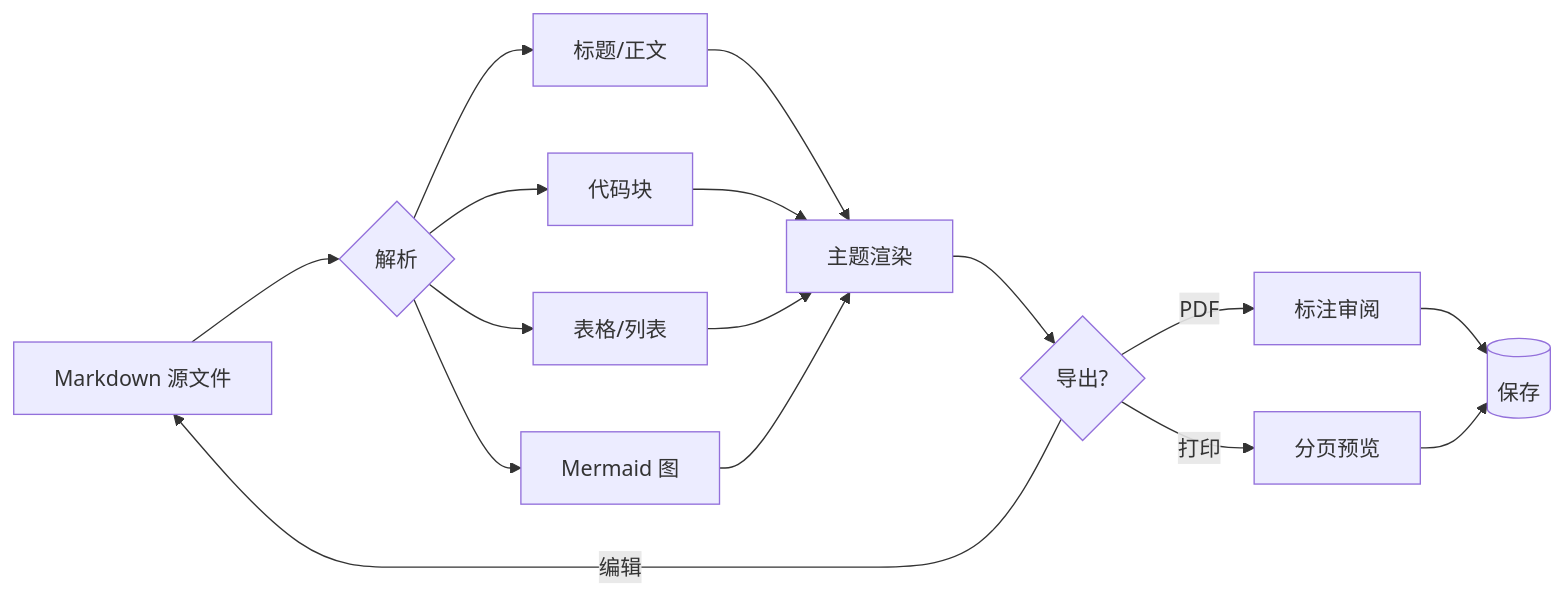
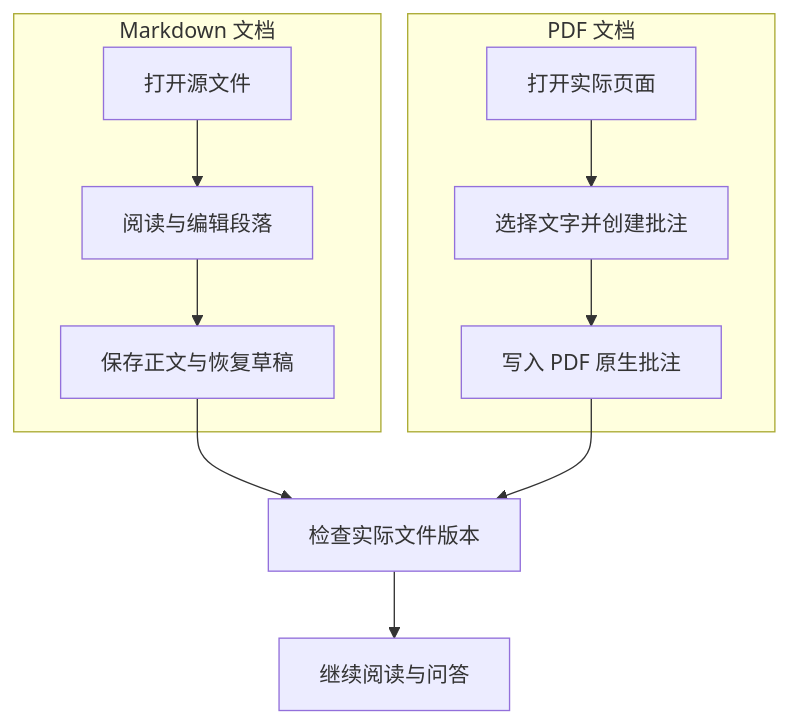
Before and after one commit to ghostLLC/StuartMD: the first of 2 diagrams in samples/示例文档.md, drawn with Mermaid. The commit also changed other lines of this file and 354 other files, not shown here.

Commit message:
3.5.11：完善文档保存、PDF、Mermaid 和 DeepSeek 工作流

````diff
--- a/samples/示例文档.md
+++ b/samples/示例文档.md
@@ -104,18 +84,14 @@
 ```mermaid
-flowchart LR
-  A[Markdown 源文件] --> B{解析}
-  B --> C[标题/正文]
-  B --> D[代码块]
-  B --> E[表格/列表]
-  B --> F[Mermaid 图]
-  C --> G[主题渲染]
-  D --> G
-  E --> G
+flowchart TB
+  subgraph Markdown 文档
+    A[打开源文件] --> B[阅读与编辑段落]
+    B --> C[保存正文与恢复草稿]
+  end
+  subgraph PDF 文档
+    D[打开实际页面] --> E[选择文字并创建批注]
+    E --> F[写入 PDF 原生批注]
+  end
+  C --> G[检查实际文件版本]
   F --> G
-  G --> H{导出?}
-  H -->|PDF| I[标注审阅]
-  H -->|打印| J[分页预览]
-  H -->|编辑| A
-  I --> K[(保存)]
-  J --> K
+  G --> H[继续阅读与问答]
 ```
````
